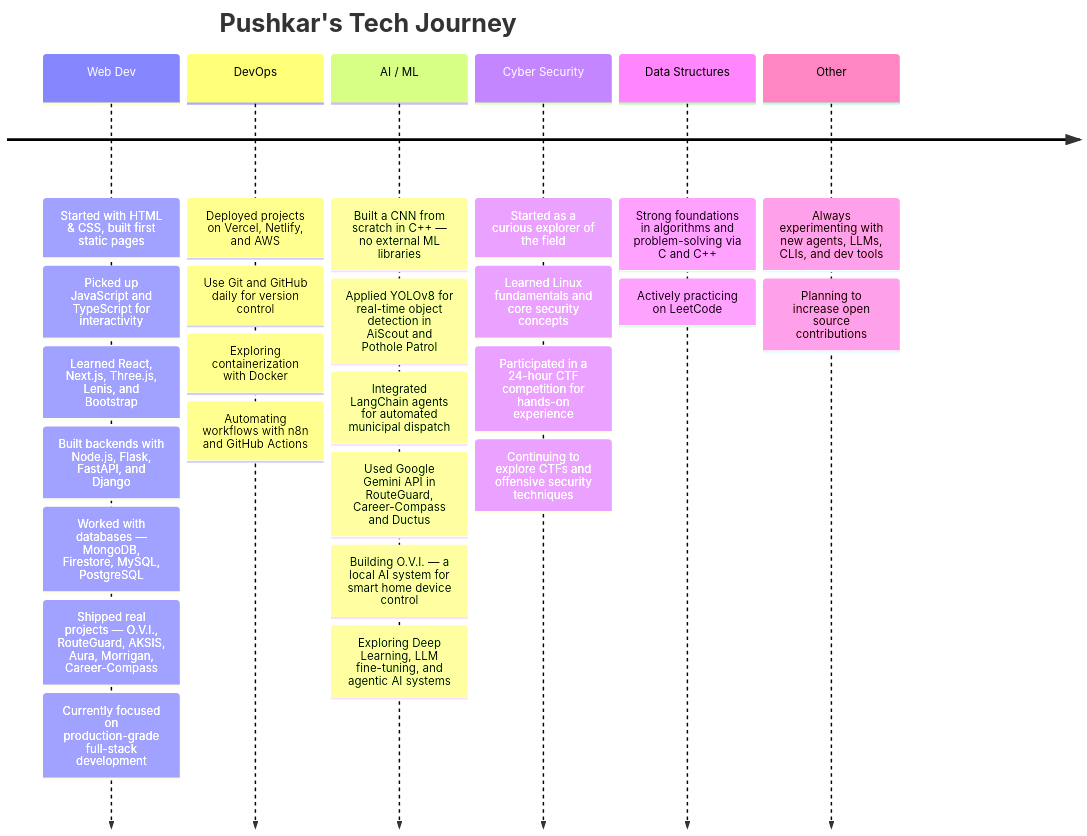
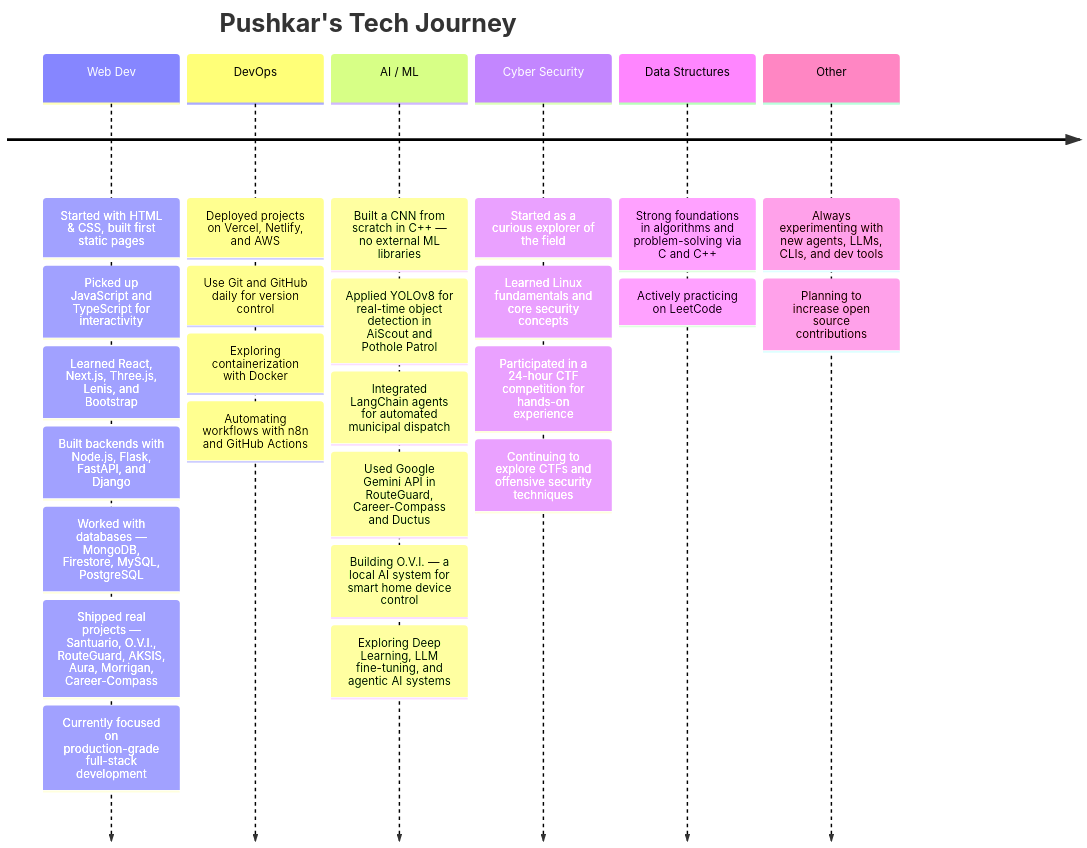
Before and after one commit to pushkar156/pushkar156: the diagram in README.md, drawn with Mermaid. The commit also changed other lines of this file, not shown here.

Commit message:
Santuario added

````diff
--- a/README.md
+++ b/README.md
@@ -253,35 +261,35 @@
 ```mermaid
 timeline
     title Pushkar's Tech Journey
     Web Dev
         : Started with HTML & CSS, built first static pages
         : Picked up JavaScript and TypeScript for interactivity
         : Learned React, Next.js, Three.js, Lenis, and Bootstrap
         : Built backends with Node.js, Flask, FastAPI, and Django
         : Worked with databases — MongoDB, Firestore, MySQL, PostgreSQL
-        : Shipped real projects — O.V.I., RouteGuard, AKSIS, Aura, Morrigan, Career-Compass
+        : Shipped real projects — Santuario, O.V.I., RouteGuard, AKSIS, Aura, Morrigan, Career-Compass
         : Currently focused on production-grade full-stack development
     DevOps
         : Deployed projects on Vercel, Netlify, and AWS
         : Use Git and GitHub daily for version control
         : Exploring containerization with Docker
         : Automating workflows with n8n and GitHub Actions
     AI / ML
         : Built a CNN from scratch in C++ — no external ML libraries
         : Applied YOLOv8 for real-time object detection in AiScout and Pothole Patrol
         : Integrated LangChain agents for automated municipal dispatch
         : Used Google Gemini API in RouteGuard, Career-Compass and Ductus
         : Building O.V.I. — a local AI system for smart home device control
         : Exploring Deep Learning, LLM fine-tuning, and agentic AI systems
     Cyber Security
         : Started as a curious explorer of the field
         : Learned Linux fundamentals and core security concepts
         : Participated in a 24-hour CTF competition for hands-on experience
         : Continuing to explore CTFs and offensive security techniques
     Data Structures
         : Strong foundations in algorithms and problem-solving via C and C++
         : Actively practicing on LeetCode
     Other
         : Always experimenting with new agents, LLMs, CLIs, and dev tools
         : Planning to increase open source contributions
 ```
````
